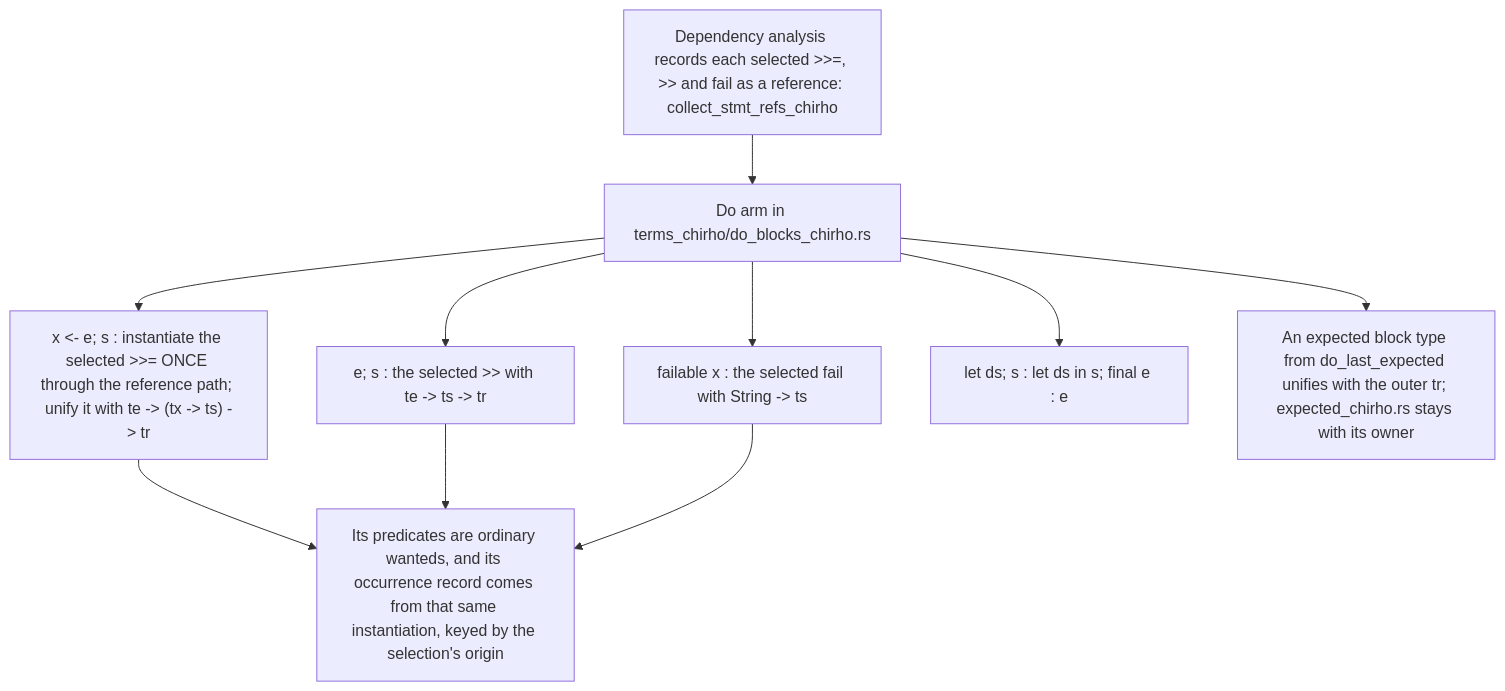
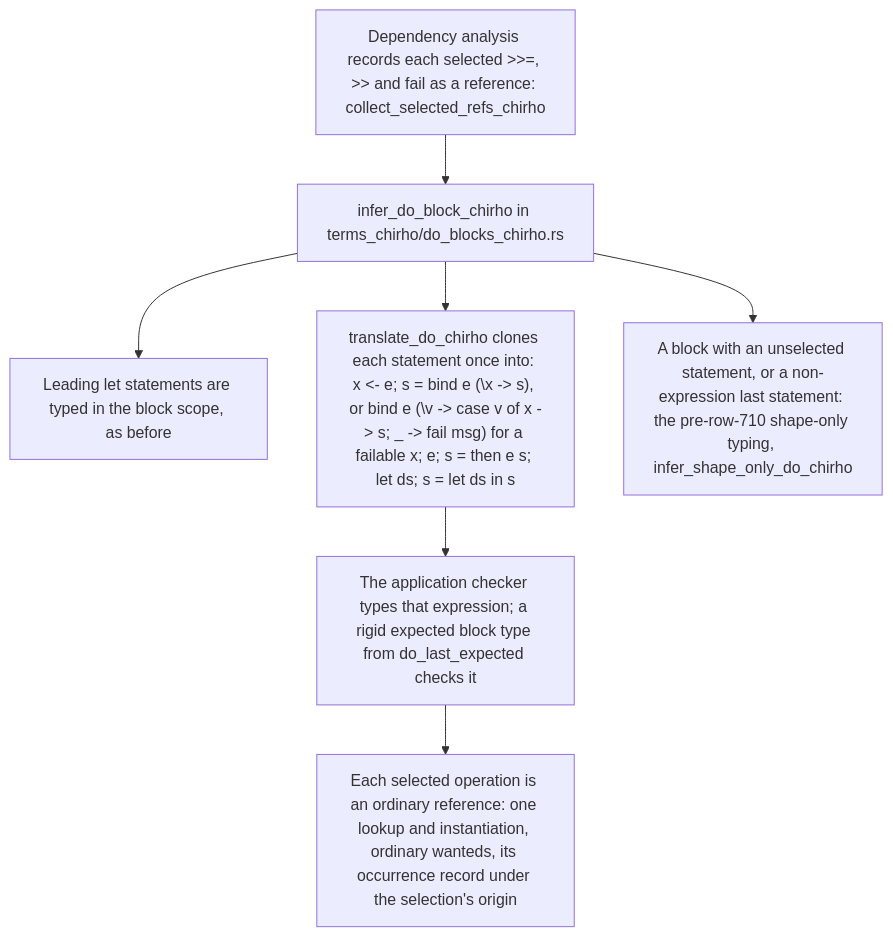
Before and after one commit to loveJesus/haskelujah-chirho: the second of 2 diagrams in spec-chirho/workflows-chirho/language-features-chirho/qualified-do-chirho.md, drawn with Mermaid. The commit also changed other lines of this file and 4 other files, not shown here.

First line of the commit message:
Type a do block as the translation its selected operations build Chirho

````diff
--- a/spec-chirho/workflows-chirho/language-features-chirho/qualified-do-chirho.md
+++ b/spec-chirho/workflows-chirho/language-features-chirho/qualified-do-chirho.md
@@ -52,12 +52,9 @@
 ```mermaid
 flowchart TD
-    deps_chirho[Dependency analysis records each selected >>=, >> and fail as a reference: collect_stmt_refs_chirho] --> arm_chirho[Do arm in terms_chirho/do_blocks_chirho.rs]
-    arm_chirho --> bind_chirho["x <- e; s : instantiate the selected >>= ONCE through the reference path; unify it with te -> (tx -> ts) -> tr"]
-    arm_chirho --> then_chirho["e; s : the selected >> with te -> ts -> tr"]
-    arm_chirho --> fail_chirho["failable x : the selected fail with String -> ts"]
-    arm_chirho --> lets_chirho["let ds; s : let ds in s; final e : e"]
-    bind_chirho --> wanted_chirho[Its predicates are ordinary wanteds, and its occurrence record comes from that same instantiation, keyed by the selection's origin]
-    then_chirho --> wanted_chirho
-    fail_chirho --> wanted_chirho
-    arm_chirho --> expected_chirho[An expected block type from do_last_expected unifies with the outer tr; expected_chirho.rs stays with its owner]
+    deps_chirho[Dependency analysis records each selected >>=, >> and fail as a reference: collect_selected_refs_chirho] --> arm_chirho[infer_do_block_chirho in terms_chirho/do_blocks_chirho.rs]
+    arm_chirho --> lets_chirho[Leading let statements are typed in the block scope, as before]
+    arm_chirho --> translate_chirho["translate_do_chirho clones each statement once into: x <- e; s = bind e (\x -> s), or bind e (\v -> case v of x -> s; _ -> fail msg) for a failable x; e; s = then e s; let ds; s = let ds in s"]
+    translate_chirho --> check_chirho[The application checker types that expression; a rigid expected block type from do_last_expected checks it]
+    check_chirho --> wanted_chirho[Each selected operation is an ordinary reference: one lookup and instantiation, ordinary wanteds, its occurrence record under the selection's origin]
+    arm_chirho --> legacy_chirho[A block with an unselected statement, or a non-expression last statement: the pre-row-710 shape-only typing, infer_shape_only_do_chirho]
 ```
````
